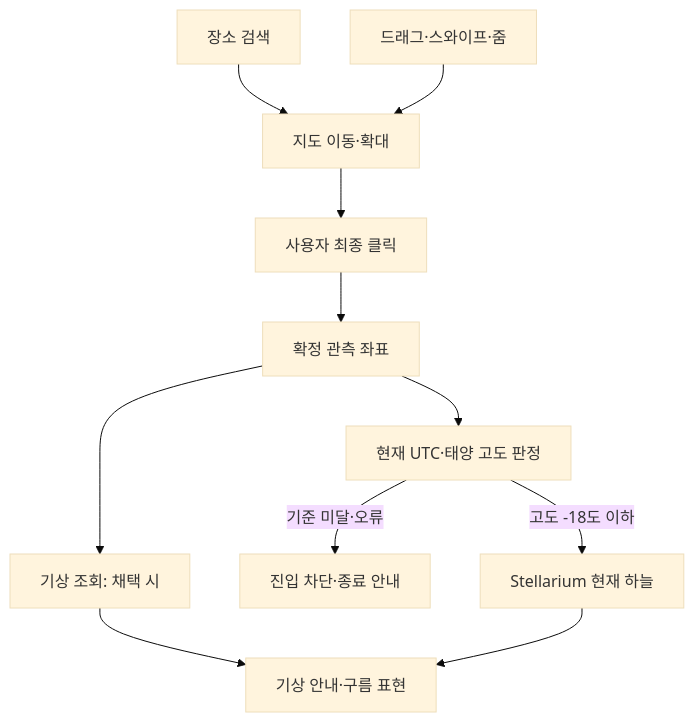
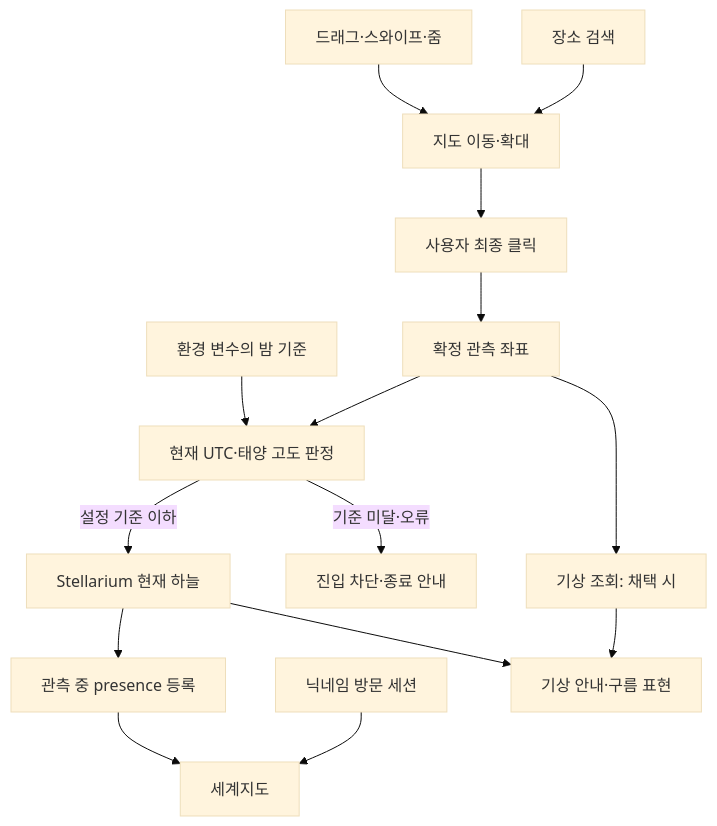
Before and after one commit to nhnhmhnm/star: the diagram in docs/technical-design.md, drawn with Mermaid (base theme). The commit also changed other lines of this file and 12 other files, not shown here.

````diff
--- a/docs/technical-design.md
+++ b/docs/technical-design.md
@@ -25,13 +26,17 @@
 ```mermaid
 flowchart TD
+    I[닉네임 방문 세션] --> M[세계지도]
     S[장소 검색] --> V[지도 이동·확대]
     G[드래그·스와이프·줌] --> V
     V --> C[사용자 최종 클릭]
     C --> O[확정 관측 좌표]
     O --> N[현재 UTC·태양 고도 판정]
-    N -->|고도 -18도 이하| E[Stellarium 현재 하늘]
+    P[환경 변수의 밤 기준] --> N
+    N -->|설정 기준 이하| E[Stellarium 현재 하늘]
     N -->|기준 미달·오류| B[진입 차단·종료 안내]
+    E --> L[관측 중 presence 등록]
+    L --> M
     O --> W[기상 조회: 채택 시]
     W --> R[기상 안내·구름 표현]
     E --> R
 ```
````
